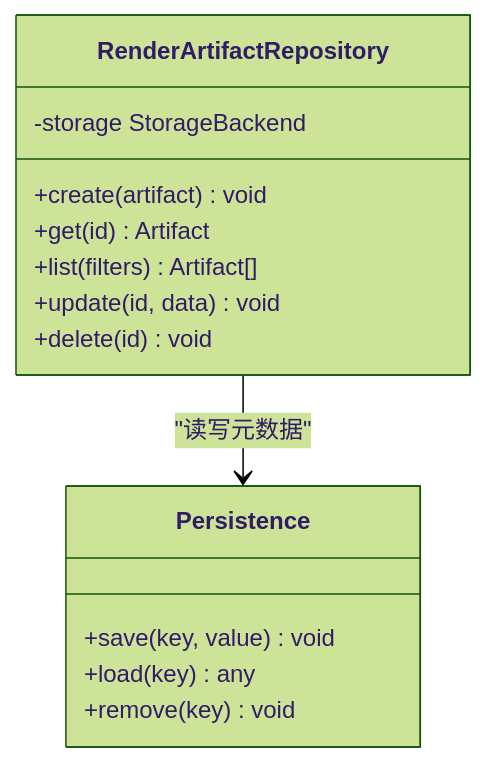
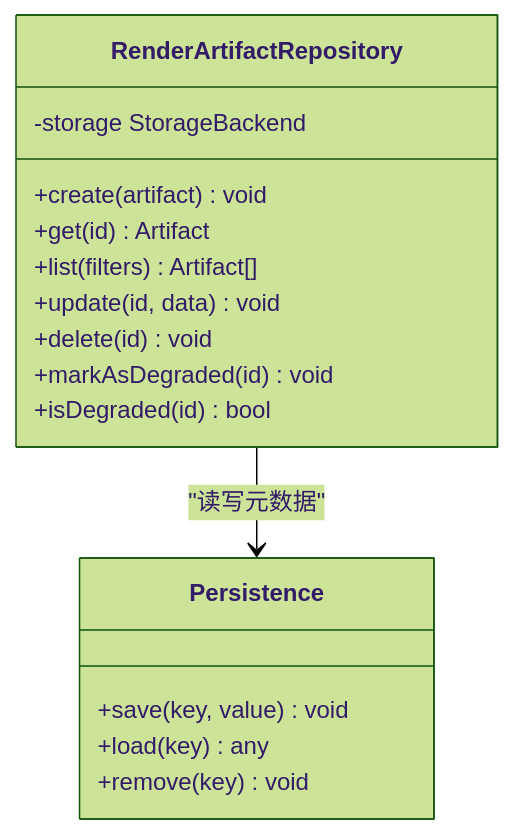
Before and after one commit to scottcwy/PurpleInk: the fifth of 9 diagrams in .qoder/repowiki/zh/content/渲染引擎/导出服务.md, drawn with Mermaid (forest theme). The commit also changed other lines of this file and 109 other files, not shown here.

````diff
--- a/.qoder/repowiki/zh/content/渲染引擎/导出服务.md
+++ b/.qoder/repowiki/zh/content/渲染引擎/导出服务.md
@@ -277,17 +310,19 @@
 ```mermaid
 classDiagram
 class RenderArtifactRepository {
 +create(artifact) void
 +get(id) Artifact
 +list(filters) Artifact[]
 +update(id, data) void
 +delete(id) void
++markAsDegraded(id) void
++isDegraded(id) bool
 -storage StorageBackend
 }
 class Persistence {
 +save(key, value) void
 +load(key) any
 +remove(key) void
 }
 RenderArtifactRepository --> Persistence : "读写元数据"
 ```
````
